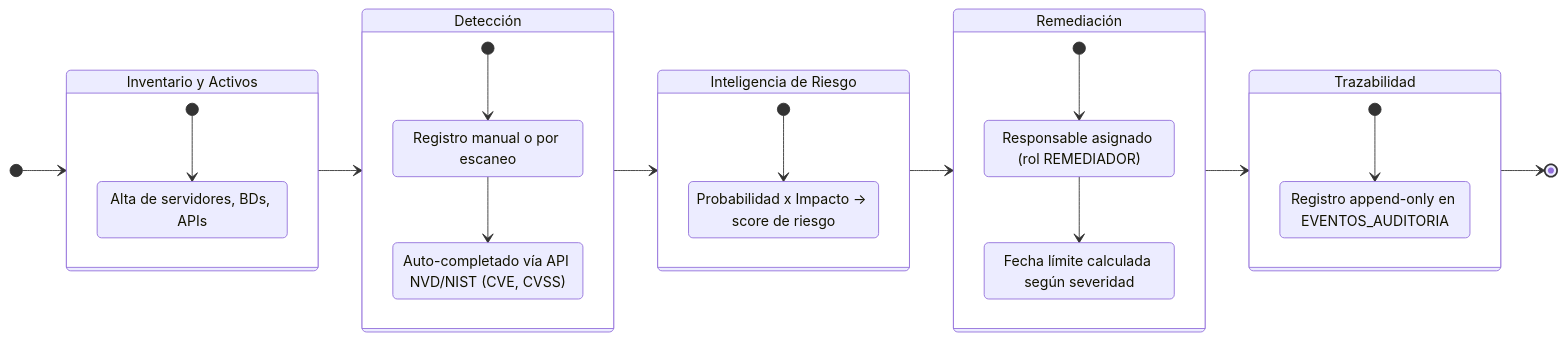
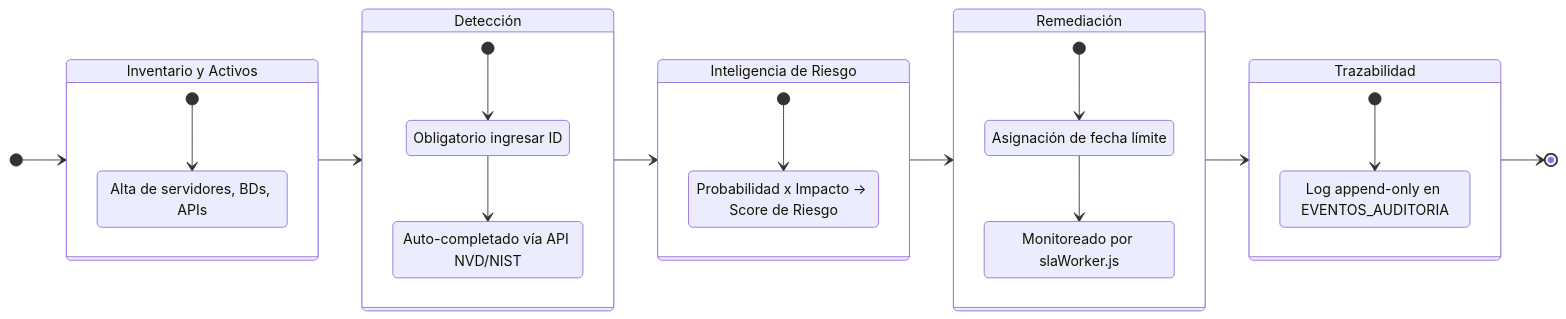
The second of 4 diagrams in README.md (3D74R08/VulnTrack), drawn with Mermaid before and after one commit. The commit also changed other lines of this file, not shown here.

````diff
--- a/README.md
+++ b/README.md
@@ -91,44 +91,44 @@
 ```mermaid
 stateDiagram-v2
     direction LR
     [*] --> Inventario
 
     state "Inventario y Activos" as Inventario {
         [*] --> RegistroActivos
         RegistroActivos: Alta de servidores, BDs, APIs
     }
 
     Inventario --> Deteccion
 
     state "Detección" as Deteccion {
         [*] --> CreacionHallazgo
         CreacionHallazgo --> ConsultaNVD
-        CreacionHallazgo: Registro manual o por escaneo
-        ConsultaNVD: Auto-completado vía API NVD/NIST (CVE, CVSS)
+        CreacionHallazgo: Obligatorio ingresar ID
+        ConsultaNVD: Auto-completado vía API NVD/NIST
     }
 
     Deteccion --> Inteligencia
 
     state "Inteligencia de Riesgo" as Inteligencia {
         [*] --> EvaluacionMatriz
-        EvaluacionMatriz: Probabilidad x Impacto -> score de riesgo
+        EvaluacionMatriz: Probabilidad x Impacto -> Score de Riesgo
     }
 
     Inteligencia --> Remediacion
 
     state "Remediación" as Remediacion {
         [*] --> AsignacionPlan
         AsignacionPlan --> ControlSLA
-        AsignacionPlan: Responsable asignado (rol REMEDIADOR)
-        ControlSLA: Fecha límite calculada según severidad
+        AsignacionPlan: Asignación de fecha límite
+        ControlSLA: Monitoreado por slaWorker.js
     }
 
     Remediacion --> Trazabilidad
 
     state "Trazabilidad" as Trazabilidad {
         [*] --> AuditoriaInmutable
-        AuditoriaInmutable: Registro append-only en EVENTOS_AUDITORIA
+        AuditoriaInmutable: Log append-only en EVENTOS_AUDITORIA
     }
 
     Trazabilidad --> [*]
 ```
````
